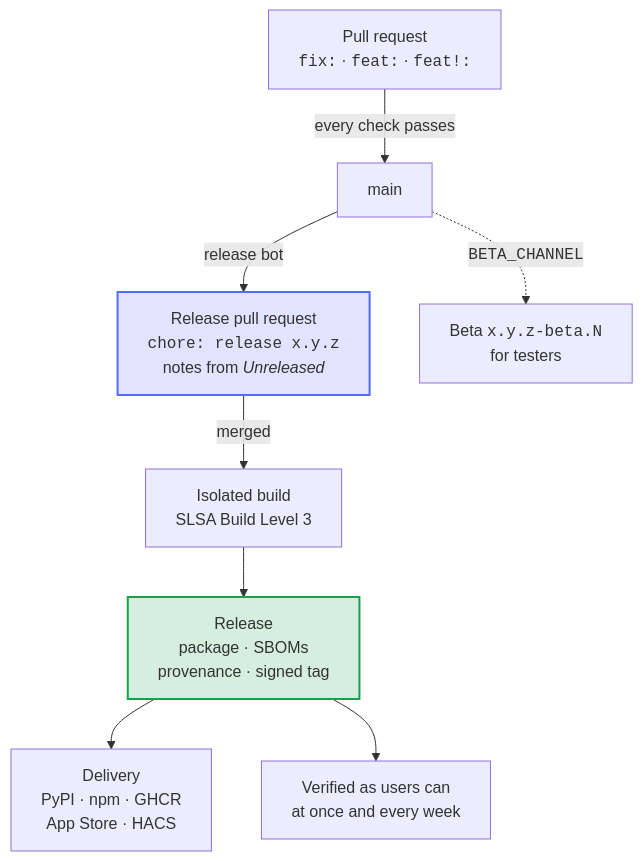
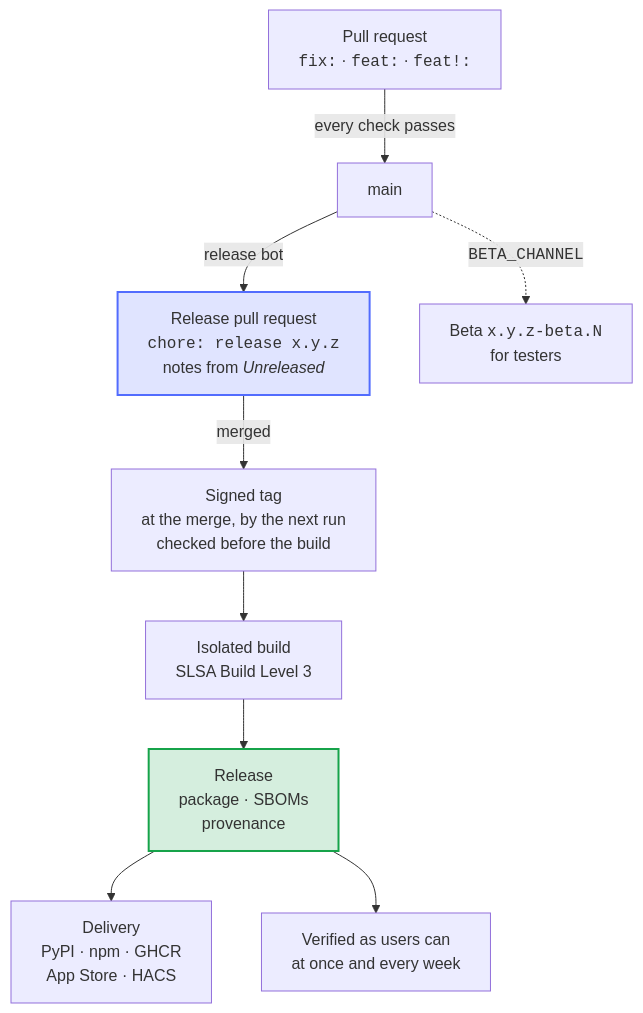
One commit to Dennis-Otto/repo-blueprint changed the second of 6 diagrams in README.md. Above: the diagram before and after it, drawn with Mermaid. The commit also changed other lines of this file and 11 other files, not shown here.

````diff
--- a/README.md
+++ b/README.md
@@ -95,31 +95,32 @@
 ```mermaid
 ---
 config:
   flowchart:
     wrappingWidth: 400
 ---
 flowchart TB
     accTitle: From a change to a release
-    accDescr: A pull request whose title is fix, feat or feat! merges into main once every check passes. The release bot keeps a release pull request with the next version and the text of Unreleased. Merging it builds the release in isolation, signs and publishes it, delivers it and verifies it, then and every week. With BETA_CHANNEL, every change for users also becomes a beta.
+    accDescr: A pull request whose title is fix, feat or feat! merges into main once every check passes. The release bot keeps a release pull request with the next version and the text of Unreleased. Merging it signs its tag first, in the next run of the release bot, then builds the release in isolation once the tag checks out, signs and publishes it, delivers it and verifies it, then and every week. With BETA_CHANNEL, every change for users also becomes a beta.
 
     pr["Pull request<br><code>fix:</code> · <code>feat:</code> · <code>feat!:</code>"]
     main["main"]
     rpr["Release pull request<br><code>chore: release x.y.z</code><br>notes from <i>Unreleased</i>"]
     beta["Beta <code>x.y.z-beta.N</code><br>for testers"]
+    tag["Signed tag<br>at the merge, by the next run<br>checked before the build"]
     build["Isolated build<br>SLSA Build Level 3"]
-    release["Release<br>package · SBOMs<br>provenance · signed tag"]
+    release["Release<br>package · SBOMs<br>provenance"]
     deliver["Delivery<br>PyPI · npm · GHCR<br>App Store · HACS"]
     verify["Verified as users can<br>at once and every week"]
 
     pr -- "every check passes" --> main
     main -- "release bot" --> rpr
     main -. "<code>BETA_CHANNEL</code>" .-> beta
-    rpr -- "merged" --> build --> release
+    rpr -- "merged" --> tag --> build --> release
     release --> deliver
     release --> verify
 
     classDef bot fill:#526cfe2e,stroke:#526cfe,stroke-width:2px
     classDef done fill:#16a34a2e,stroke:#16a34a,stroke-width:2px
     class rpr bot
     class release done
 ```
````
